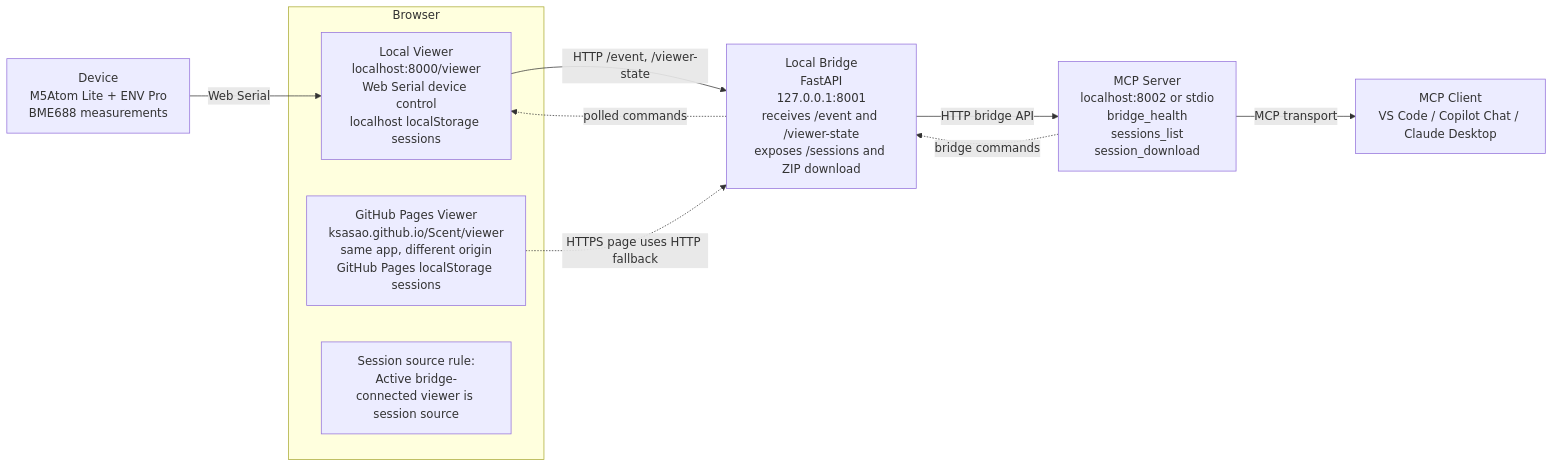
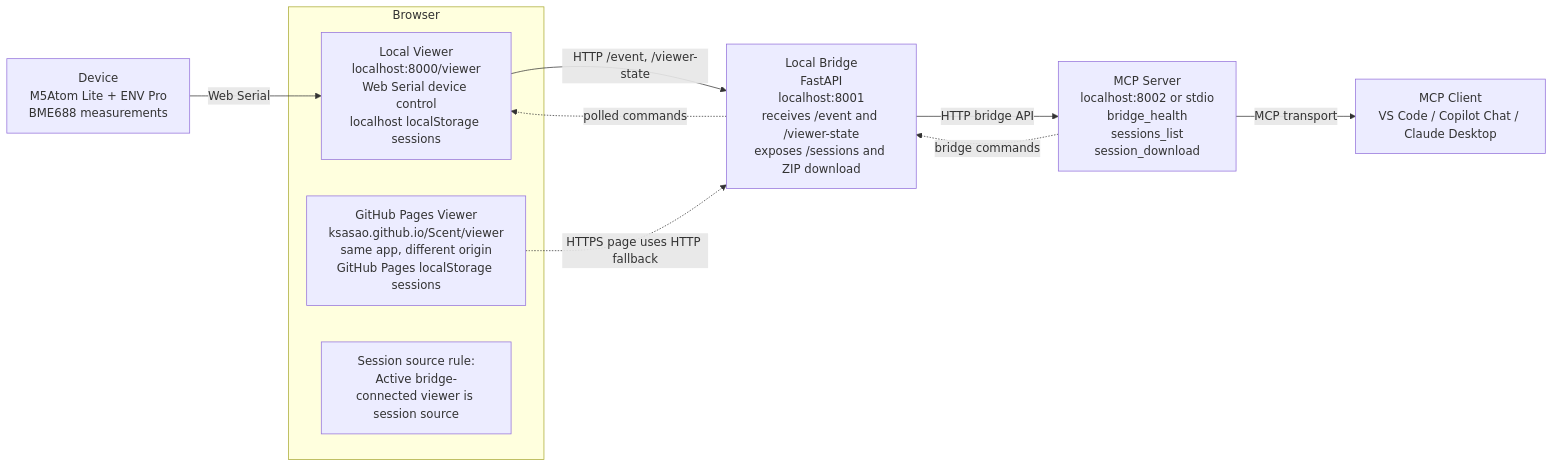
Before and after one commit to ksasao/Scent: the diagram in README.md, drawn with Mermaid. The commit also changed 1 other file, not shown here.

Commit message:
Fix mobile gallery rendering

````diff
--- a/README.md
+++ b/README.md
@@ -67,22 +67,22 @@
 ```mermaid
 flowchart LR
 		D["Device<br/>M5Atom Lite + ENV Pro<br/>BME688 measurements"]
 
 		subgraph B["Browser"]
 			LV["Local Viewer<br/>localhost:8000/viewer<br/>Web Serial device control<br/>localhost localStorage sessions"]
 			GV["GitHub Pages Viewer<br/>ksasao.github.io/Scent/viewer<br/>same app, different origin<br/>GitHub Pages localStorage sessions"]
 			SR["Session source rule:<br/>Active bridge-connected viewer is session source"]
 		end
 
-		LB["Local Bridge<br/>FastAPI<br/>127.0.0.1:8001<br/>receives /event and /viewer-state<br/>exposes /sessions and ZIP download"]
+		LB["Local Bridge<br/>FastAPI<br/>localhost:8001<br/>receives /event and /viewer-state<br/>exposes /sessions and ZIP download"]
 		MS["MCP Server<br/>localhost:8002 or stdio<br/>bridge_health<br/>sessions_list<br/>session_download"]
 		MC["MCP Client<br/>VS Code / Copilot Chat / Claude Desktop"]
 
 		D -->|Web Serial| LV
 		LV -->|HTTP /event, /viewer-state| LB
 		GV -.->|HTTPS page uses HTTP fallback| LB
 		LB -->|HTTP bridge API| MS
 		MS -->|MCP transport| MC
 		MS -. bridge commands .-> LB
 		LB -. polled commands .-> LV
 ```
````
